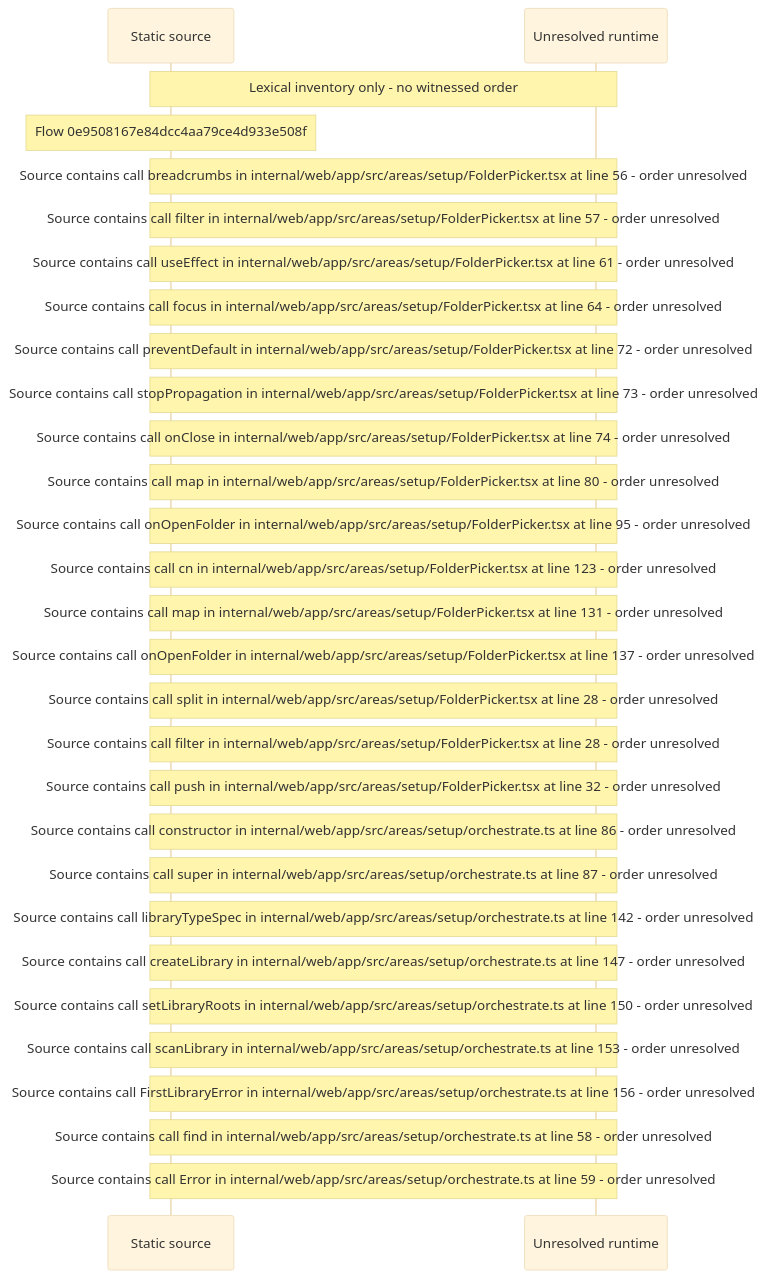
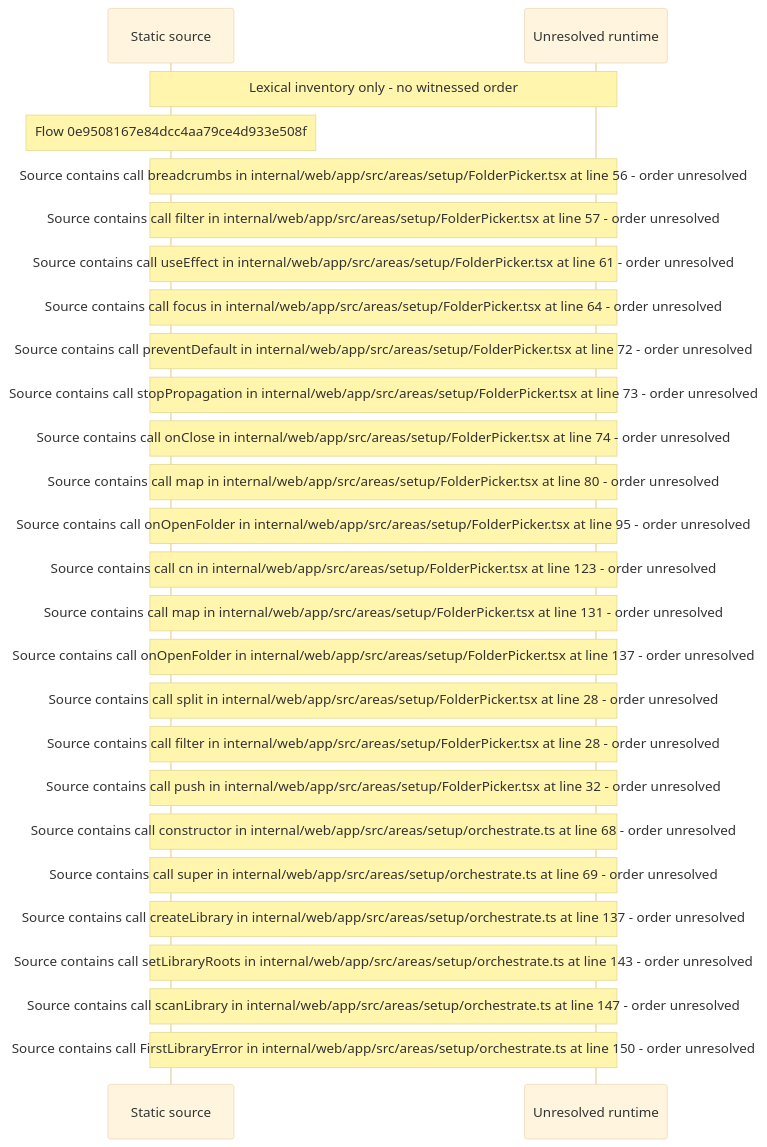
Before and after one commit to beamfall/core: the diagram in docs/web/flows/generated/0e9508167e84dcc4aa79ce4d933e508f/flow-diagram.md, drawn with Mermaid (base theme). The commit also changed other lines of this file and 714 other files, not shown here.

Commit message:
Regenerate the web flow record on the batch 5 head (CORE-1762)

````diff
--- a/docs/web/flows/generated/0e9508167e84dcc4aa79ce4d933e508f/flow-diagram.md
+++ b/docs/web/flows/generated/0e9508167e84dcc4aa79ce4d933e508f/flow-diagram.md
@@ -10,31 +10,28 @@
 ```mermaid
 sequenceDiagram
     participant S as Static source
     participant U as Unresolved runtime
     Note over S,U: Lexical inventory only - no witnessed order
     Note over S: Flow 0e9508167e84dcc4aa79ce4d933e508f
     Note over S,U: Source contains call breadcrumbs in internal/web/app/src/areas/setup/FolderPicker.tsx at line 56 - order unresolved
     Note over S,U: Source contains call filter in internal/web/app/src/areas/setup/FolderPicker.tsx at line 57 - order unresolved
     Note over S,U: Source contains call useEffect in internal/web/app/src/areas/setup/FolderPicker.tsx at line 61 - order unresolved
     Note over S,U: Source contains call focus in internal/web/app/src/areas/setup/FolderPicker.tsx at line 64 - order unresolved
     Note over S,U: Source contains call preventDefault in internal/web/app/src/areas/setup/FolderPicker.tsx at line 72 - order unresolved
     Note over S,U: Source contains call stopPropagation in internal/web/app/src/areas/setup/FolderPicker.tsx at line 73 - order unresolved
     Note over S,U: Source contains call onClose in internal/web/app/src/areas/setup/FolderPicker.tsx at line 74 - order unresolved
     Note over S,U: Source contains call map in internal/web/app/src/areas/setup/FolderPicker.tsx at line 80 - order unresolved
     Note over S,U: Source contains call onOpenFolder in internal/web/app/src/areas/setup/FolderPicker.tsx at line 95 - order unresolved
     Note over S,U: Source contains call cn in internal/web/app/src/areas/setup/FolderPicker.tsx at line 123 - order unresolved
     Note over S,U: Source contains call map in internal/web/app/src/areas/setup/FolderPicker.tsx at line 131 - order unresolved
     Note over S,U: Source contains call onOpenFolder in internal/web/app/src/areas/setup/FolderPicker.tsx at line 137 - order unresolved
     Note over S,U: Source contains call split in internal/web/app/src/areas/setup/FolderPicker.tsx at line 28 - order unresolved
     Note over S,U: Source contains call filter in internal/web/app/src/areas/setup/FolderPicker.tsx at line 28 - order unresolved
     Note over S,U: Source contains call push in internal/web/app/src/areas/setup/FolderPicker.tsx at line 32 - order unresolved
-    Note over S,U: Source contains call constructor in internal/web/app/src/areas/setup/orchestrate.ts at line 86 - order unresolved
-    Note over S,U: Source contains call super in internal/web/app/src/areas/setup/orchestrate.ts at line 87 - order unresolved
-    Note over S,U: Source contains call libraryTypeSpec in internal/web/app/src/areas/setup/orchestrate.ts at line 142 - order unresolved
-    Note over S,U: Source contains call createLibrary in internal/web/app/src/areas/setup/orchestrate.ts at line 147 - order unresolved
-    Note over S,U: Source contains call setLibraryRoots in internal/web/app/src/areas/setup/orchestrate.ts at line 150 - order unresolved
-    Note over S,U: Source contains call scanLibrary in internal/web/app/src/areas/setup/orchestrate.ts at line 153 - order unresolved
-    Note over S,U: Source contains call FirstLibraryError in internal/web/app/src/areas/setup/orchestrate.ts at line 156 - order unresolved
-    Note over S,U: Source contains call find in internal/web/app/src/areas/setup/orchestrate.ts at line 58 - order unresolved
-    Note over S,U: Source contains call Error in internal/web/app/src/areas/setup/orchestrate.ts at line 59 - order unresolved
+    Note over S,U: Source contains call constructor in internal/web/app/src/areas/setup/orchestrate.ts at line 68 - order unresolved
+    Note over S,U: Source contains call super in internal/web/app/src/areas/setup/orchestrate.ts at line 69 - order unresolved
+    Note over S,U: Source contains call createLibrary in internal/web/app/src/areas/setup/orchestrate.ts at line 137 - order unresolved
+    Note over S,U: Source contains call setLibraryRoots in internal/web/app/src/areas/setup/orchestrate.ts at line 143 - order unresolved
+    Note over S,U: Source contains call scanLibrary in internal/web/app/src/areas/setup/orchestrate.ts at line 147 - order unresolved
+    Note over S,U: Source contains call FirstLibraryError in internal/web/app/src/areas/setup/orchestrate.ts at line 150 - order unresolved
 ```
````
